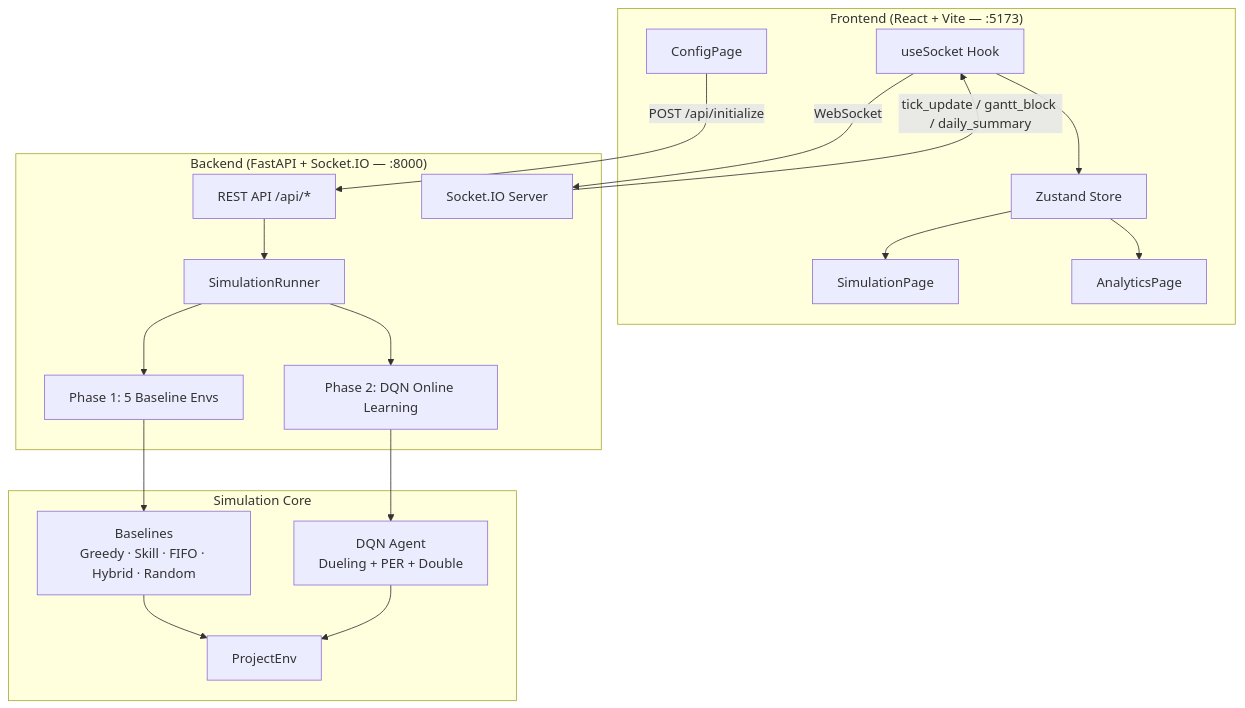
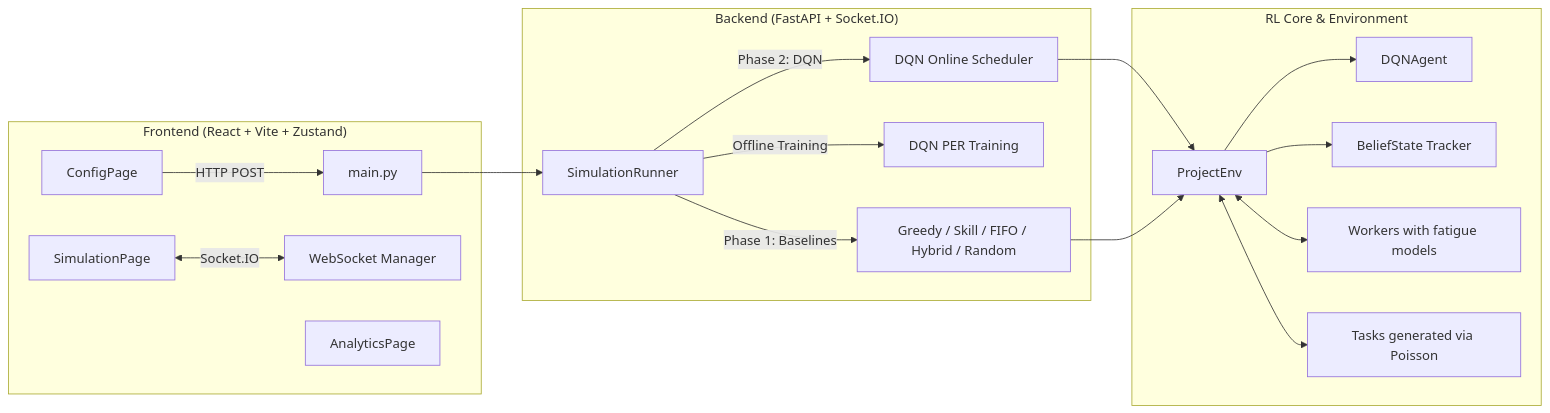
The diagram in README.md (Vittal-Mukunda/AMD-SlingShot-Hackathon), drawn with Mermaid before and after one commit. The commit also changed other lines of this file, not shown here.

````diff
--- a/README.md
+++ b/README.md
@@ -9,39 +19,25 @@
 ```mermaid
-graph TD
-    subgraph Frontend ["Frontend (React + Vite — :5173)"]
-        CP[ConfigPage]
-        SP[SimulationPage]
+graph LR
+    subgraph Frontend ["Frontend (React + Vite + Zustand)"]
+        CP[ConfigPage] -->|HTTP POST| API
+        SP[SimulationPage] <-->|Socket.IO| WS
         AP[AnalyticsPage]
-        ZS[Zustand Store]
-        SK[useSocket Hook]
     end
 
-    subgraph Backend ["Backend (FastAPI + Socket.IO — :8000)"]
-        API[REST API /api/*]
-        SIO[Socket.IO Server]
-        SR[SimulationRunner]
-        P1[Phase 1: 5 Baseline Envs]
-        P2[Phase 2: DQN Online Learning]
+    subgraph Backend ["Backend (FastAPI + Socket.IO)"]
+        API[main.py] --> SR[SimulationRunner]
+        WS[WebSocket Manager]
+        SR -->|Phase 1: Baselines| BL[Greedy / Skill / FIFO / Hybrid / Random]
+        SR -->|Offline Training| TR[DQN PER Training]
+        SR -->|Phase 2: DQN| DQ[DQN Online Scheduler]
     end
 
-    subgraph Core ["Simulation Core"]
-        ENV[ProjectEnv]
-        DQN[DQN Agent<br/>Dueling + PER + Double]
-        BL[Baselines<br/>Greedy · Skill · FIFO · Hybrid · Random]
+    subgraph RLCore ["RL Core & Environment"]
+        DQ --> ENV[ProjectEnv]
+        BL --> ENV
+        ENV --> AGT[DQNAgent]
+        ENV --> BS[BeliefState Tracker]
+        ENV <--> WK[Workers with fatigue models]
+        ENV <--> TK[Tasks generated via Poisson]
     end
-
-    CP -- POST /api/initialize --> API
-    API --> SR
-    SR --> P1
-    SR --> P2
-    P1 --> BL
-    P2 --> DQN
-    BL --> ENV
-    DQN --> ENV
-
-    SK -- WebSocket --> SIO
-    SIO -- tick_update / gantt_block / daily_summary --> SK
-    SK --> ZS
-    ZS --> SP
-    ZS --> AP
 ```
````
